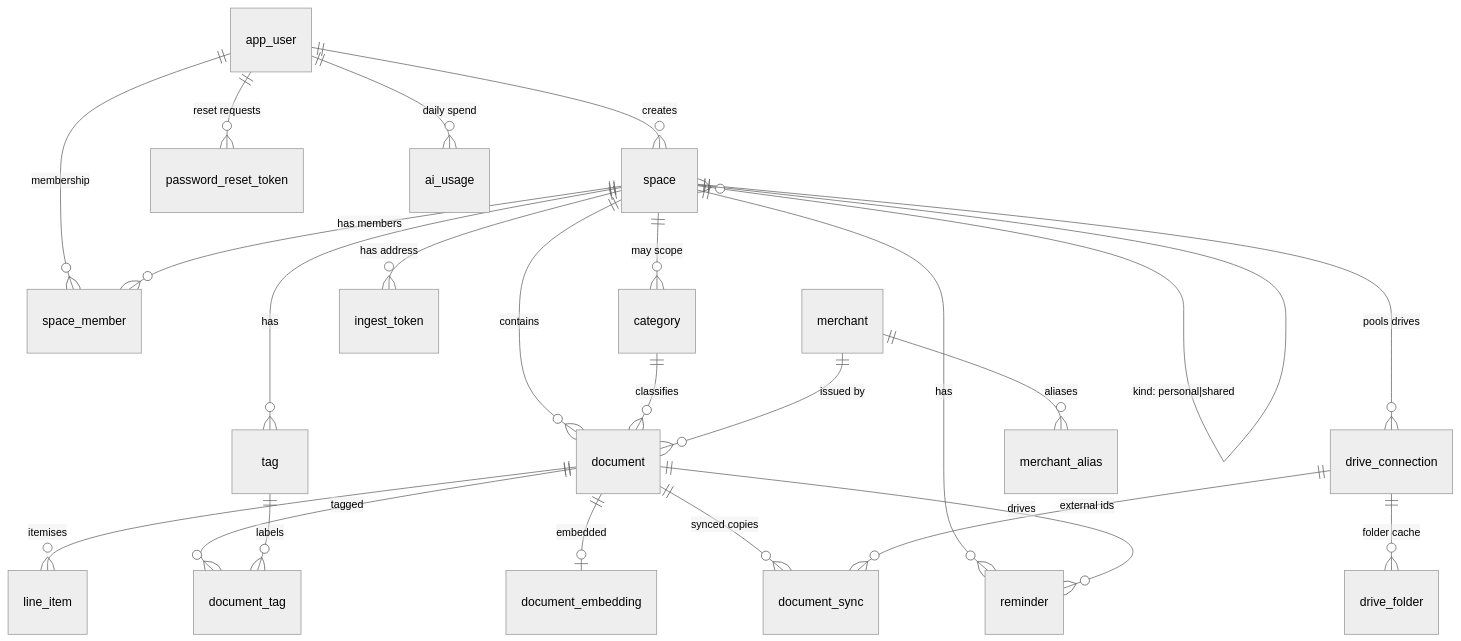
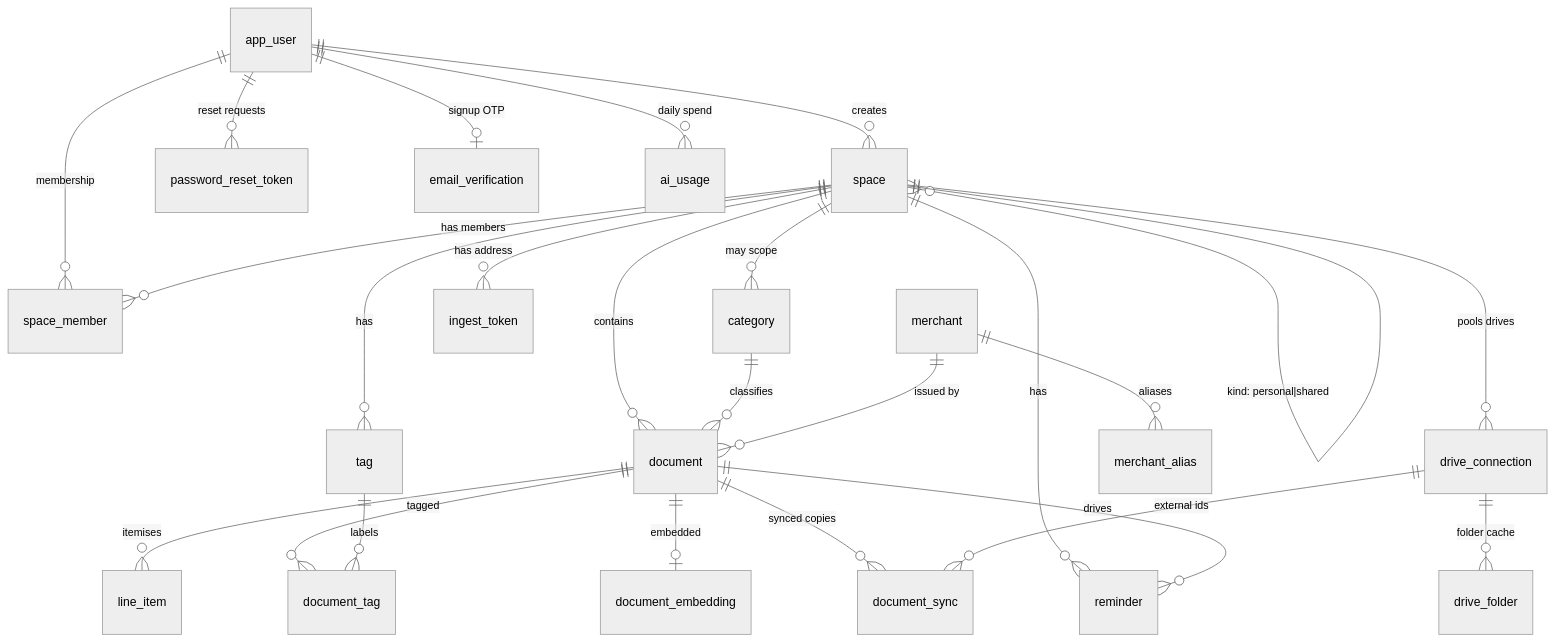
Before and after one commit to Aditya0257/trove: the diagram in docs/architecture/02-data-model.md, drawn with Mermaid (neutral theme). The commit also changed other lines of this file and 16 other files, not shown here.

````diff
--- a/docs/architecture/02-data-model.md
+++ b/docs/architecture/02-data-model.md
@@ -17,28 +17,29 @@
 ```mermaid
 erDiagram
     app_user ||--o{ space : "creates"
     app_user ||--o{ space_member : "membership"
     space ||--o{ space_member : "has members"
     space ||--o{ document : "contains"
     space ||--o{ category : "may scope"
     space ||--o{ reminder : "has"
     space ||--o{ ingest_token : "has address"
     space ||--o{ drive_connection : "pools drives"
     space ||--o{ tag : "has"
     space }o--|| space : "kind: personal|shared"
 
     document ||--o{ line_item : "itemises"
     document ||--o{ document_tag : "tagged"
     document ||--o| document_embedding : "embedded"
     document ||--o{ document_sync : "synced copies"
     document ||--o{ reminder : "drives"
     category ||--o{ document : "classifies"
     merchant ||--o{ document : "issued by"
     merchant ||--o{ merchant_alias : "aliases"
     tag ||--o{ document_tag : "labels"
 
     drive_connection ||--o{ drive_folder : "folder cache"
     drive_connection ||--o{ document_sync : "external ids"
     app_user ||--o{ password_reset_token : "reset requests"
+    app_user ||--o| email_verification : "signup OTP"
     app_user ||--o{ ai_usage : "daily spend"
 ```
````
